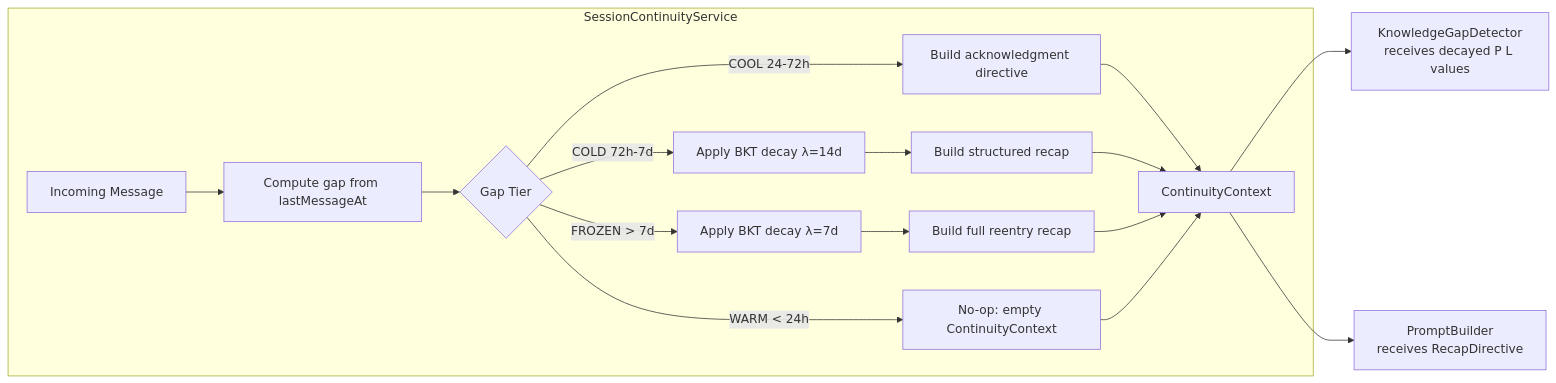
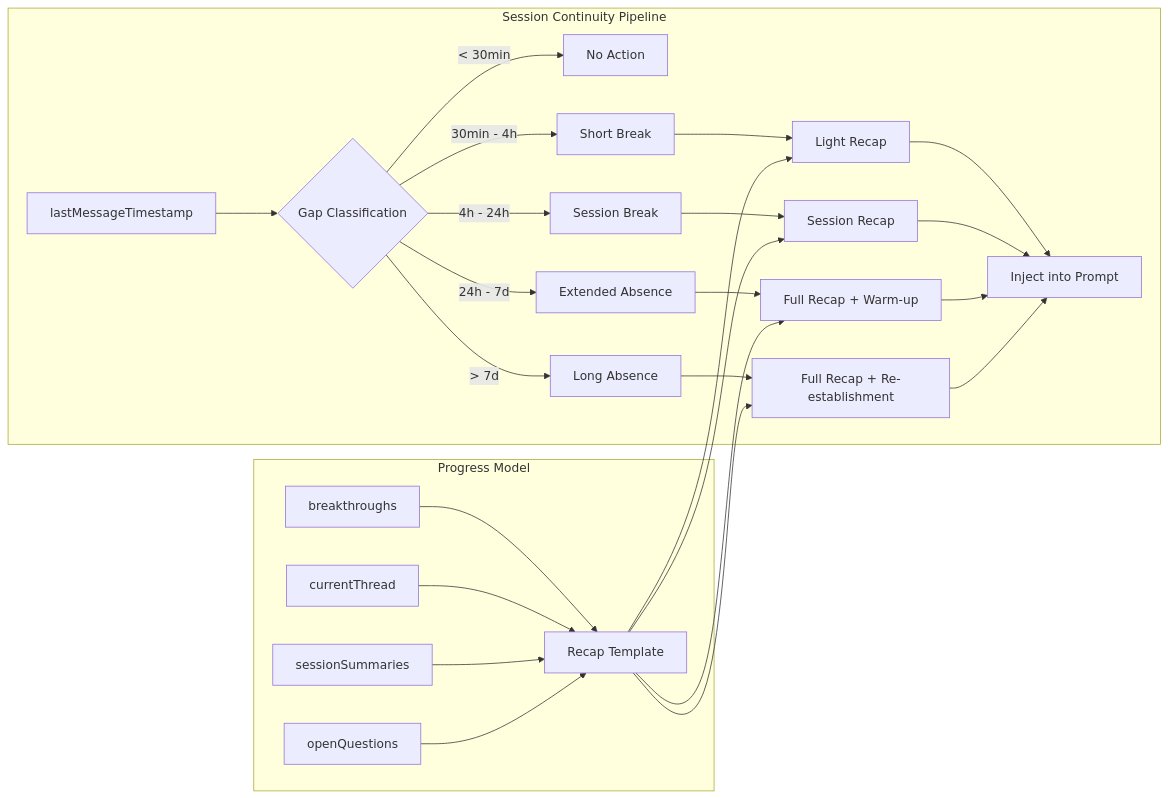
Before and after one commit to shettydev/mukti: the second of 7 diagrams in docs/rfcs/active/rfc-0005-session-continuity-temporal-awareness/index.md, drawn with Mermaid. The commit also changed other lines of this file and 1 other file, not shown here.

````diff
--- a/docs/rfcs/active/rfc-0005-session-continuity-temporal-awareness/index.md
+++ b/docs/rfcs/active/rfc-0005-session-continuity-temporal-awareness/index.md
@@ -147,20 +125,32 @@
 ```mermaid
 graph LR
-    subgraph "SessionContinuityService"
-        A[Incoming Message] --> B[Compute gap from lastMessageAt]
-        B --> C{Gap Tier}
-        C -->|WARM < 24h| D[No-op: empty ContinuityContext]
-        C -->|COOL 24-72h| E[Build acknowledgment directive]
-        C -->|COLD 72h-7d| F[Apply BKT decay λ=14d]
-        C -->|FROZEN > 7d| G[Apply BKT decay λ=7d]
-        F --> H[Build structured recap]
-        G --> I[Build full reentry recap]
-        E --> J[ContinuityContext]
-        H --> J
-        I --> J
-        D --> J
+    subgraph "Session Continuity Pipeline"
+        A[lastMessageTimestamp] --> B{Gap Classification}
+        B -->|< 30min| C[No Action]
+        B -->|30min - 4h| D[Short Break]
+        B -->|4h - 24h| E[Session Break]
+        B -->|24h - 7d| F[Extended Absence]
+        B -->|> 7d| G[Long Absence]
+
+        D --> H[Light Recap]
+        E --> I[Session Recap]
+        F --> J[Full Recap + Warm-up]
+        G --> K[Full Recap + Re-establishment]
+
+        H --> L[Inject into Prompt]
+        I --> L
+        J --> L
+        K --> L
     end
 
-    J --> K[KnowledgeGapDetector\nreceives decayed P L values]
-    J --> L[PromptBuilder\nreceives RecapDirective]
+    subgraph "Progress Model"
+        M[breakthroughs] --> N[Recap Template]
+        O[currentThread] --> N
+        P[sessionSummaries] --> N
+        Q[openQuestions] --> N
+        N --> H
+        N --> I
+        N --> J
+        N --> K
+    end
 ```
````
